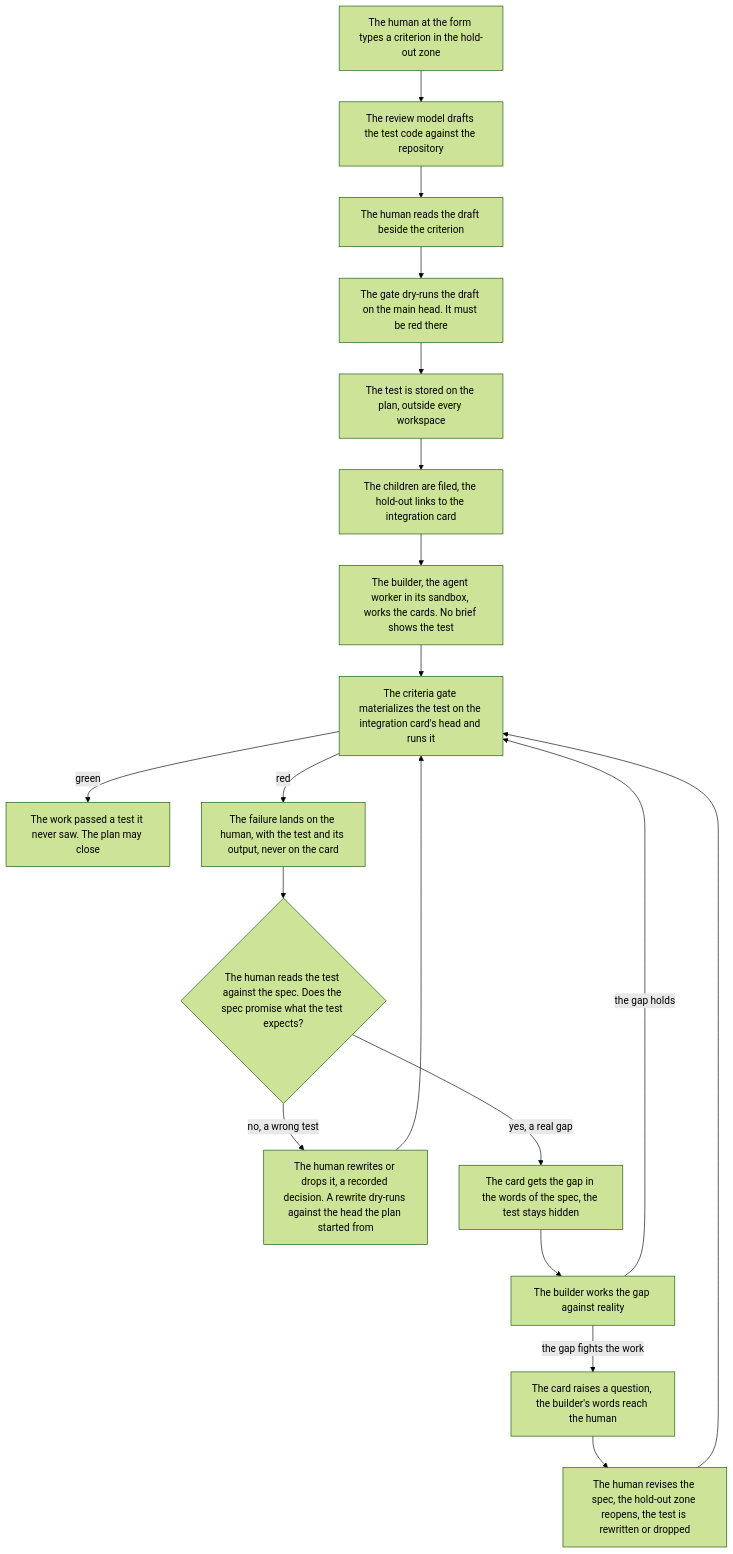
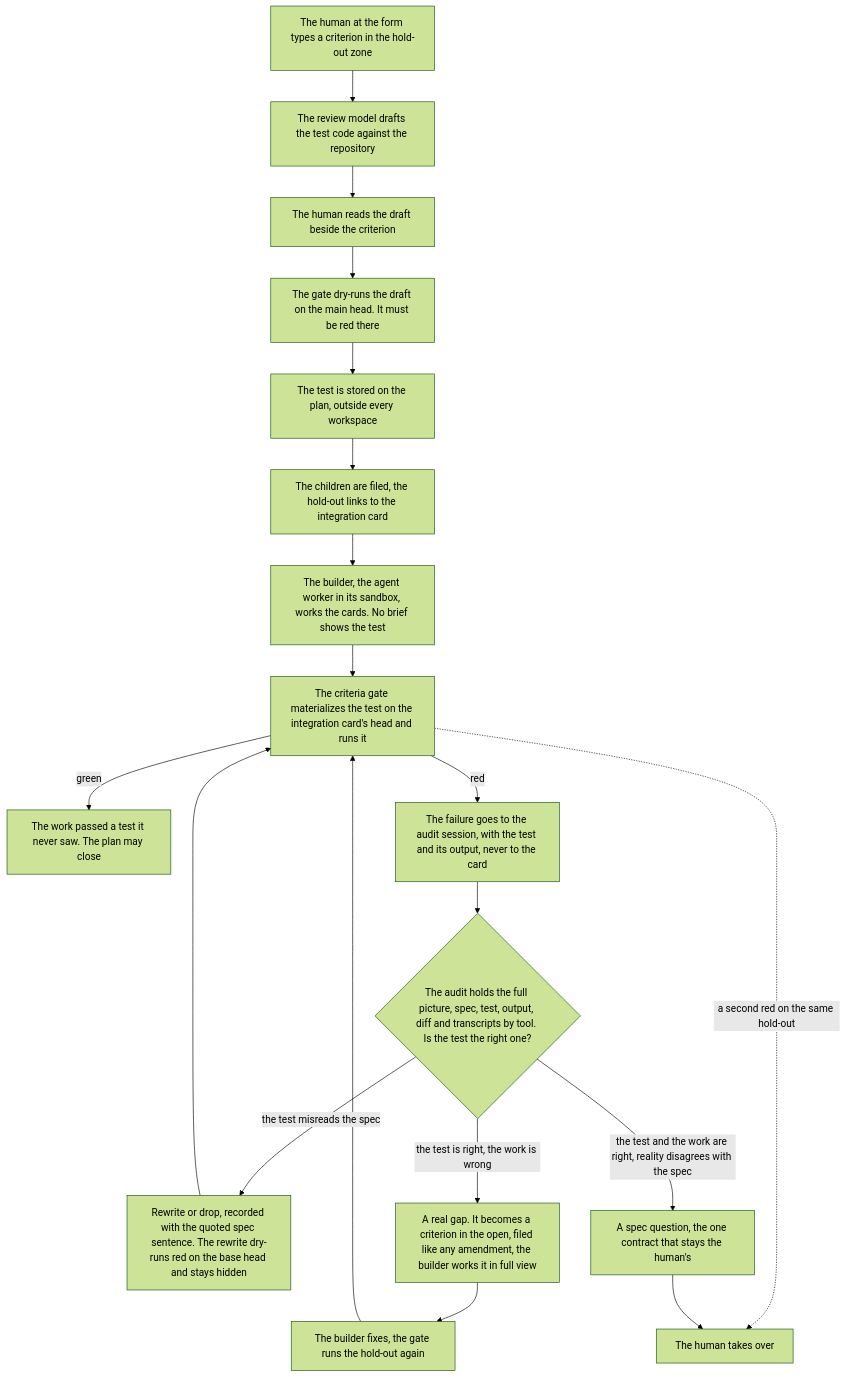
One commit to sebastianrueckerai/ai-software-factory changed the second of 2 diagrams in docs/spec-intake-concept-2026-10-16.md. Above: the diagram before and after it, drawn with Mermaid (forest theme). The commit also changed other lines of this file, not shown here.

First line of the commit message:
docs: red hold-outs go to an audit session, not the human

````diff
--- a/docs/spec-intake-concept-2026-10-16.md
+++ b/docs/spec-intake-concept-2026-10-16.md
@@ -140,21 +141,21 @@
     ```mermaid
     flowchart TD
         A["The human at the form types a criterion in the hold-out zone"] --> B["The review model drafts the test code against the repository"]
         B --> C["The human reads the draft beside the criterion"]
         C --> D["The gate dry-runs the draft on the main head. It must be red there"]
         D --> E["The test is stored on the plan, outside every workspace"]
         E --> F["The children are filed, the hold-out links to the integration card"]
         F --> G["The builder, the agent worker in its sandbox, works the cards. No brief shows the test"]
         G --> H["The criteria gate materializes the test on the integration card's head and runs it"]
         H -->|"green"| I["The work passed a test it never saw. The plan may close"]
-        H -->|"red"| J["The failure lands on the human, with the test and its output, never on the card"]
-        J --> K{"The human reads the test against the spec. Does the spec promise what the test expects?"}
-        K -->|"no, a wrong test"| L["The human rewrites or drops it, a recorded decision. A rewrite dry-runs against the head the plan started from"]
-        K -->|"yes, a real gap"| M["The card gets the gap in the words of the spec, the test stays hidden"]
-        M --> N["The builder works the gap against reality"]
-        N -->|"the gap holds"| H
-        N -->|"the gap fights the work"| Q["The card raises a question, the builder's words reach the human"]
-        Q --> R["The human revises the spec, the hold-out zone reopens, the test is rewritten or dropped"]
-        R --> H
+        H -->|"red"| J["The failure goes to the audit session, with the test and its output, never to the card"]
+        J --> K{"The audit holds the full picture, spec, test, output, diff and transcripts by tool. Is the test the right one?"}
+        K -->|"the test misreads the spec"| L["Rewrite or drop, recorded with the quoted spec sentence. The rewrite dry-runs red on the base head and stays hidden"]
+        K -->|"the test is right, the work is wrong"| M["A real gap. It becomes a criterion in the open, filed like any amendment, the builder works it in full view"]
+        K -->|"the test and the work are right, reality disagrees with the spec"| Q["A spec question, the one contract that stays the human's"]
         L --> H
+        M --> N["The builder fixes, the gate runs the hold-out again"]
+        N --> H
+        H -.->|"a second red on the same hold-out"| R["The human takes over"]
+        Q --> R
     ```
````
